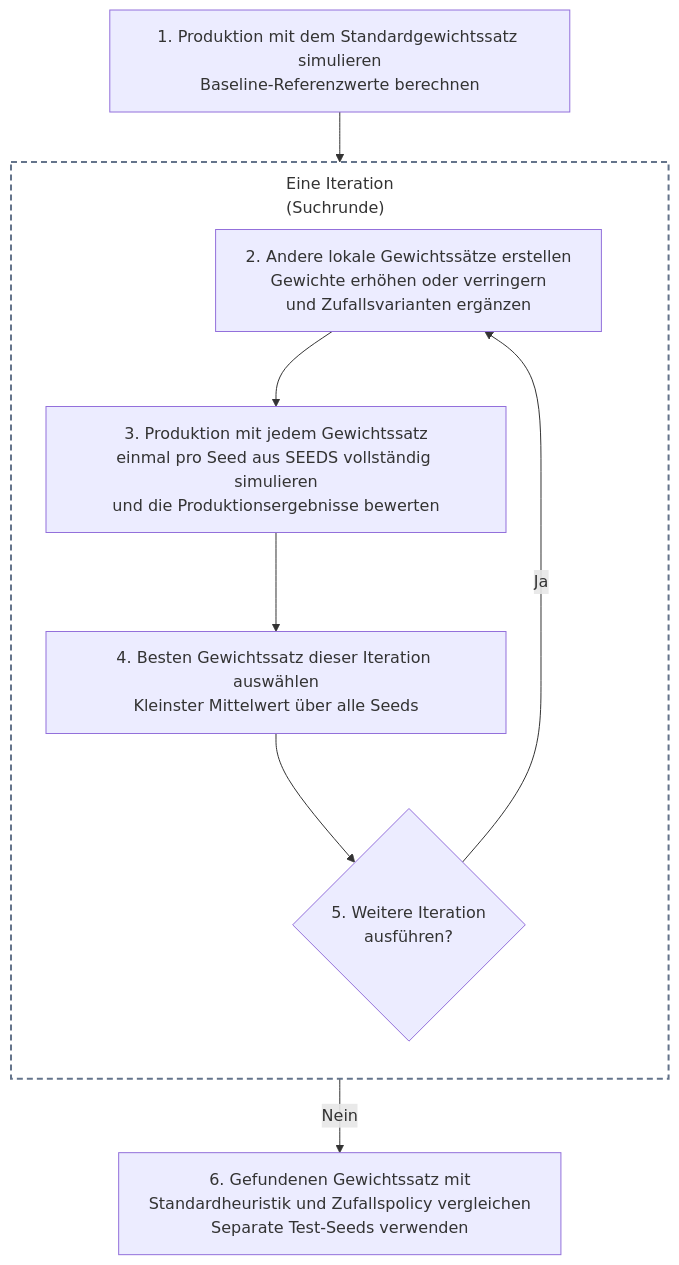
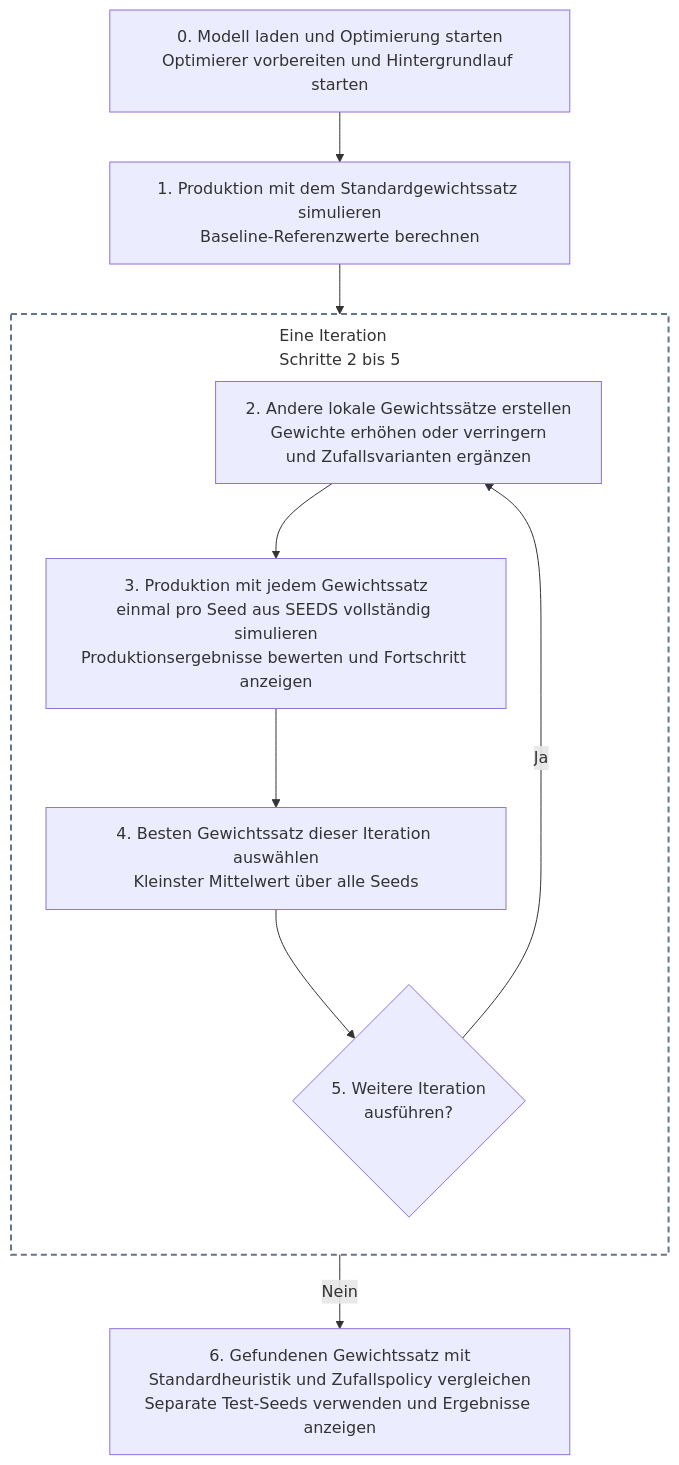
Before and after one commit to ghackenberg/SpineML: diagram 13 of 15 in README.md, drawn with Mermaid. The commit also changed other lines of this file, not shown here.

Commit message:
Organize all optimization documentation around the workflow diagram

````diff
--- a/README.md
+++ b/README.md
@@ -2035,27 +2036,29 @@
 ```mermaid
 ---
 config:
   flowchart:
     wrappingWidth: 400
     rankSpacing: 50
     subGraphTitleMargin:
       top: 10
       bottom: 20
 ---
 flowchart TD
+    P["0. Modell laden und Optimierung starten<br/>Optimierer vorbereiten und Hintergrundlauf starten"]
     A["1. Produktion mit dem Standardgewichtssatz simulieren<br/>Baseline-Referenzwerte berechnen"]
 
-    subgraph Iteration["Eine Iteration<br/>(Suchrunde)"]
+    subgraph Iteration["Eine Iteration<br/>Schritte 2 bis 5"]
         direction TB
         B["2. Andere lokale Gewichtssätze erstellen<br/>Gewichte erhöhen oder verringern<br/>und Zufallsvarianten ergänzen"]
-        B --> C["3. Produktion mit jedem Gewichtssatz<br/>einmal pro Seed aus SEEDS vollständig simulieren<br/>und die Produktionsergebnisse bewerten"]
+        B --> C["3. Produktion mit jedem Gewichtssatz<br/>einmal pro Seed aus SEEDS vollständig simulieren<br/>Produktionsergebnisse bewerten und Fortschritt anzeigen"]
         C --> D["4. Besten Gewichtssatz dieser Iteration auswählen<br/>Kleinster Mittelwert über alle Seeds"]
         D --> E{"5. Weitere Iteration<br/>ausführen?"}
     end
 
+    P --> A
     A --> B
     E -- Ja --> B
-    E -- Nein --> F["6. Gefundenen Gewichtssatz mit<br/>Standardheuristik und Zufallspolicy vergleichen<br/>Separate Test-Seeds verwenden"]
+    E -- Nein --> F["6. Gefundenen Gewichtssatz mit<br/>Standardheuristik und Zufallspolicy vergleichen<br/>Separate Test-Seeds verwenden und Ergebnisse anzeigen"]
 
     style Iteration fill:transparent,stroke:#64748b,stroke-width:2px,stroke-dasharray:6 4
 ```
````
